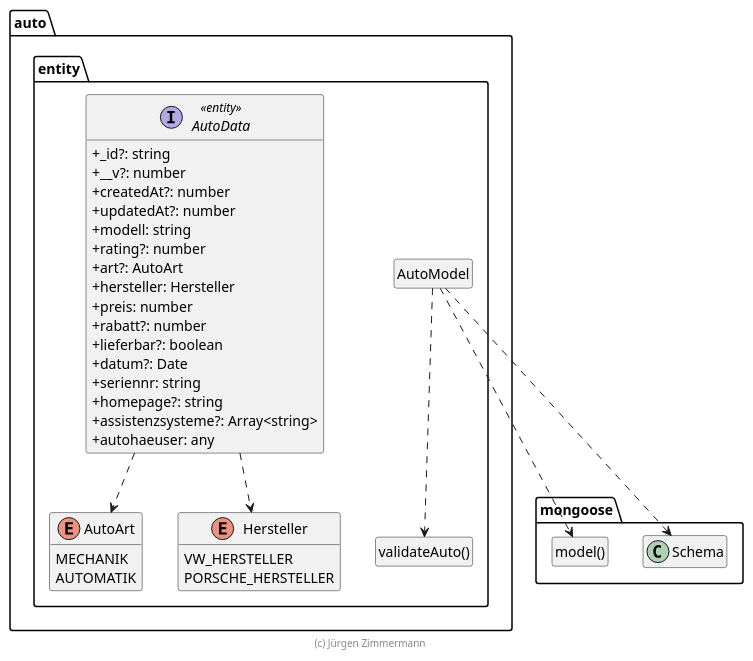
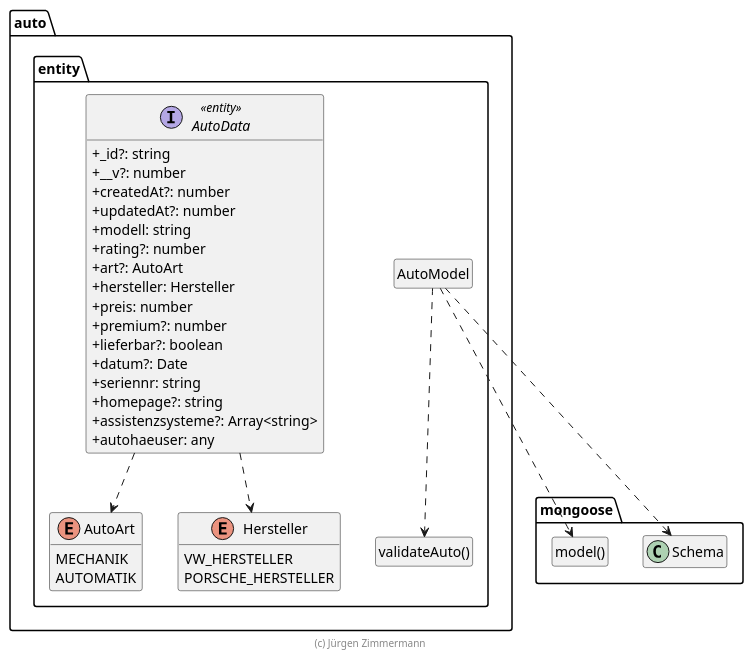
One commit to fabiansw/sweablage changed the diagram in doc/Auto.puml. Above: the diagram before and after it, drawn with PlantUML. The commit also changed 7 other files, not shown here.

```diff
--- a/doc/Auto.puml
+++ b/doc/Auto.puml
@@ -15,62 +15,62 @@
 @startuml Anwendungskern
 
 !pragma useNewPackage
 skinparam classAttributeIconSize 0
 skinparam componentStyle uml2
 
 package mongoose {
   class Schema
 
   class "model()" as model
   hide model circle
 }
 
 package auto.entity {
   class "validateAuto()" as validateAuto
   hide validateAuto circle
 
   class AutoModel
   hide AutoModel circle
 
   AutoModel ..> Schema
   AutoModel ..> model
   AutoModel ..> validateAuto
 
   AutoData ..> AutoArt
   AutoData ..> Hersteller
 
   enum AutoArt {
     MECHANIK
     AUTOMATIK
   }
 
   enum Hersteller {
     VW_HERSTELLER
     PORSCHE_HERSTELLER
   }
 
   interface AutoData <<entity>> {
     + _id?: string
     + __v?: number
     + createdAt?: number
     + updatedAt?: number
     + modell: string
     + rating?: number
     + art?: AutoArt
     + hersteller: Hersteller
     + preis: number
-    + rabatt?: number
+    + premium?: number
     + lieferbar?: boolean
     + datum?: Date
     + seriennr: string
     + homepage?: string
     + assistenzsysteme?: Array<string>
     + autohaeuser: any
   }
 }
 
 hide empty members
 
 footer (c) Jürgen Zimmermann
 
 @enduml
```
